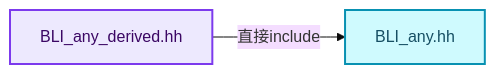
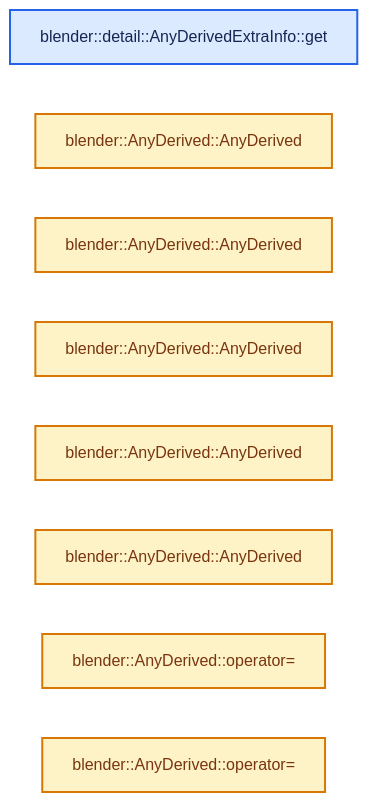
The second of 4 diagrams in 杂/markdown/全面学习-codex/01-基础容器与现代CPP/18-AnyDerived多态对象值封装.md (yunkezengren/blender-.vscode), drawn with Mermaid (base theme) before and after one commit. The commit also changed other lines of this file and 1930 other files, not shown here.

````diff
--- a/杂/markdown/全面学习-codex/01-基础容器与现代CPP/18-AnyDerived多态对象值封装.md
+++ b/杂/markdown/全面学习-codex/01-基础容器与现代CPP/18-AnyDerived多态对象值封装.md
@@ -85,12 +46,17 @@
 ```mermaid
 flowchart LR
-  S["BLI_any_derived.hh"]:::abstraction
-  I0["BLI_any.hh"]:::data
-  S -->|"直接include"| I0
+  F0["blender::detail::AnyDerivedExtraInfo::get"]:::input
+  F1["blender::AnyDerived::AnyDerived"]:::compute
+  F2["blender::AnyDerived::AnyDerived"]:::compute
+  F3["blender::AnyDerived::AnyDerived"]:::compute
+  F4["blender::AnyDerived::AnyDerived"]:::compute
+  F5["blender::AnyDerived::AnyDerived"]:::compute
+  F6["blender::AnyDerived::operator="]:::compute
+  F7["blender::AnyDerived::operator="]:::compute
   classDef input fill:#DBEAFE,stroke:#2563EB,color:#172554,stroke-width:2px;
   classDef data fill:#CFFAFE,stroke:#0891B2,color:#164E63,stroke-width:2px;
   classDef abstraction fill:#EDE9FE,stroke:#7C3AED,color:#3B0764,stroke-width:2px;
   classDef compute fill:#FEF3C7,stroke:#D97706,color:#78350F,stroke-width:2px;
   classDef result fill:#DCFCE7,stroke:#16A34A,color:#14532D,stroke-width:2px;
   classDef error fill:#FEE2E2,stroke:#DC2626,color:#7F1D1D,stroke-width:2px;
 ```
````
